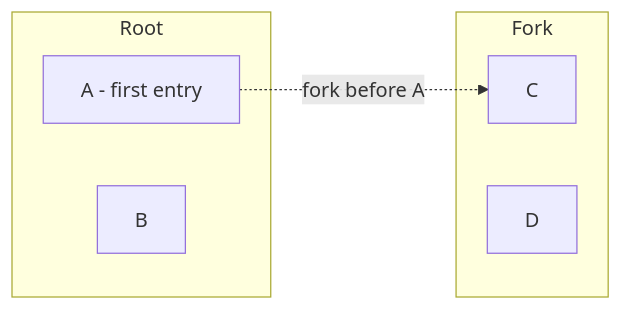
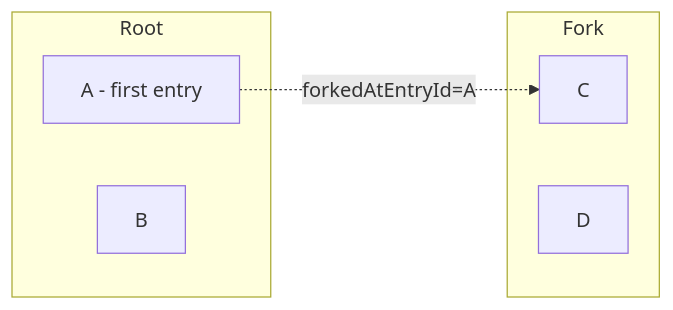
One commit to chirino/memory-service changed diagram 12 of 15 in docs/entry-data-model.md. Above: the diagram before and after it, drawn with Mermaid. The commit also changed other lines of this file and 19 other files, not shown here.

First line of the commit message:
feat(fork): simplify fork entry semantics to exclusive-stop

````diff
--- a/docs/entry-data-model.md
+++ b/docs/entry-data-model.md
@@ -436,12 +436,12 @@
 ```mermaid
 flowchart LR
     subgraph Root
         R_A[A - first entry]
         R_B[B]
     end
     subgraph Fork
         F_C[C]
         F_D[D]
     end
-    R_A -.->|fork before A| F_C
+    R_A -.->|forkedAtEntryId=A| F_C
 ```
````
